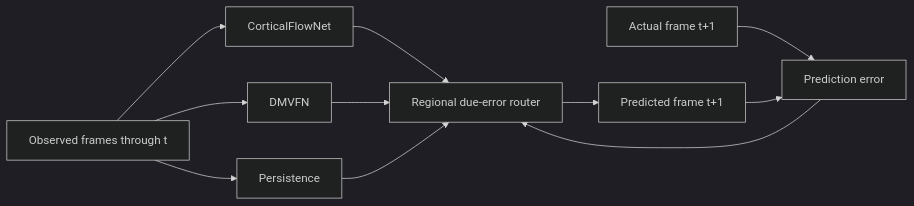
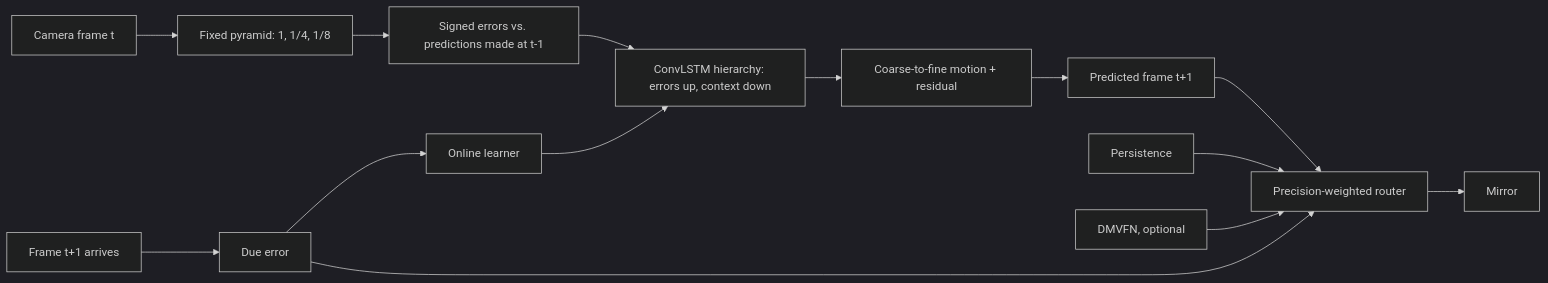
The diagram in README.md (froid1911/cortical-mirror), drawn with Mermaid (dark theme) before and after one commit. The commit also changed other lines of this file and 1 other file, not shown here.

````diff
--- a/README.md
+++ b/README.md
@@ -40,13 +127,16 @@
 ```mermaid
 flowchart LR
-    X[Observed frames through t] --> C[Persistence]
-    X --> N[CorticalFlowNet]
-    X --> D[DMVFN]
-    N --> R[Regional due-error router]
-    D --> R
-    C --> R
-    R --> Y[Predicted frame t+1]
-    A[Actual frame t+1] --> E[Prediction error]
-    Y --> E
-    E --> R
+    X[Camera frame t] --> P[Fixed pyramid: 1, 1/4, 1/8]
+    P --> E[Signed errors vs. predictions made at t-1]
+    E --> H[ConvLSTM hierarchy: errors up, context down]
+    H --> F[Coarse-to-fine motion + residual]
+    F --> N[Predicted frame t+1]
+    N --> R[Precision-weighted router]
+    C[Persistence] --> R
+    D[DMVFN, optional] --> R
+    R --> M[Mirror]
+    A[Frame t+1 arrives] --> S[Due error]
+    S --> R
+    S --> L[Online learner]
+    L --> H
 ```
````
